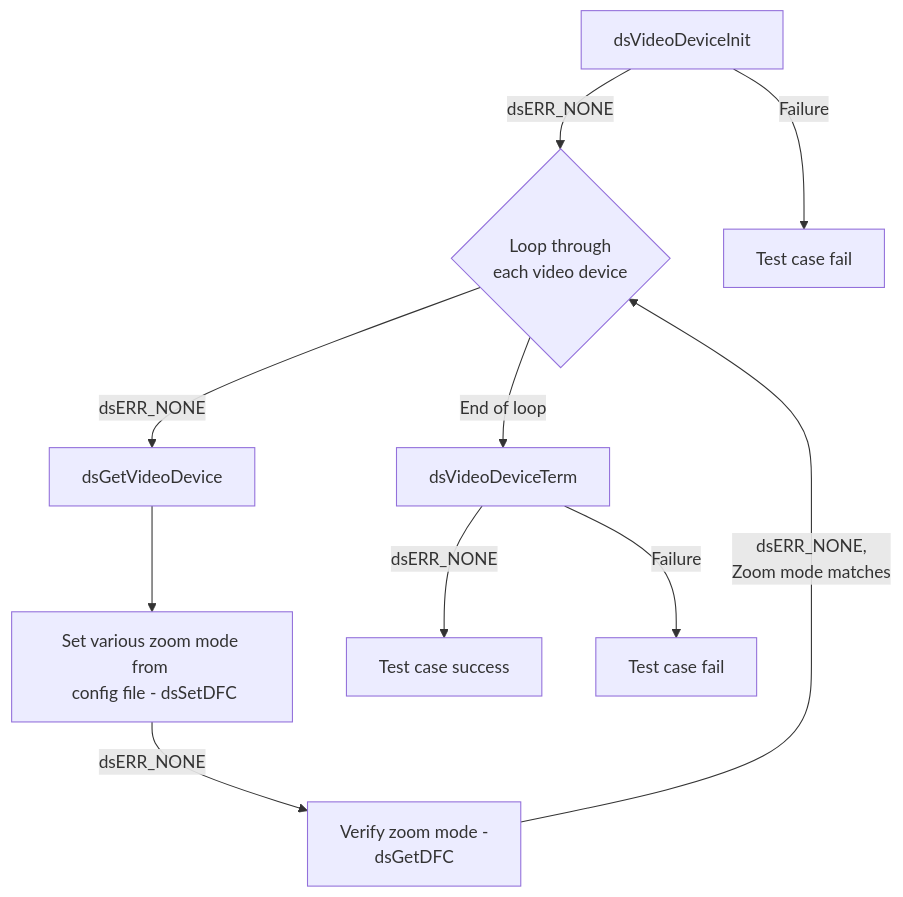
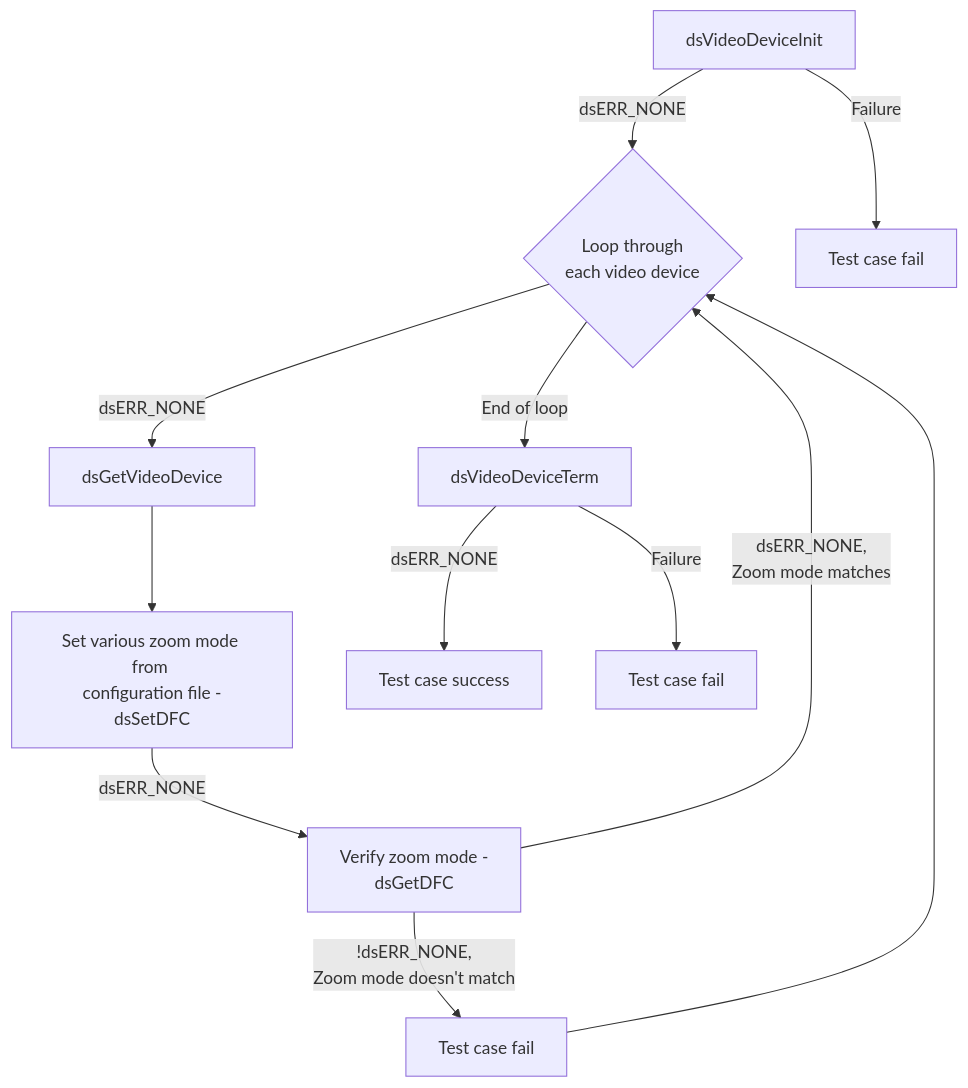
One commit to rdkcentral/rdk-halif-test-device_settings changed the first of 5 diagrams in docs/pages/ds-video-device_L2-Low-Level_TestSpec.md. Above: the diagram before and after it, drawn with Mermaid. The commit also changed other lines of this file and 13 other files, not shown here.

````diff
--- a/docs/pages/ds-video-device_L2-Low-Level_TestSpec.md
+++ b/docs/pages/ds-video-device_L2-Low-Level_TestSpec.md
@@ -63,12 +65,14 @@
 ```mermaid
 graph TB
-A[dsVideoDeviceInit] -->|dsERR_NONE| B{Loop through <br> each video device}
-A -->|Failure| A1[Test case fail]
-B -->|dsERR_NONE| C[ dsGetVideoDevice]
-C --> D[Set various zoom mode from <br> config file - dsSetDFC]
-D -->|dsERR_NONE| E[Verify zoom mode -<br> dsGetDFC]
-E -->|dsERR_NONE, <br> Zoom mode matches| B
+A[dsVideoDeviceInit] -->|dsERR_NONE|B{Loop through <br> each video device}
+A -->|Failure|A1[Test case fail]
+B -->|dsERR_NONE|C[ dsGetVideoDevice]
+C --> D[Set various zoom mode from <br> configuration file - dsSetDFC]
+D -->|dsERR_NONE|E[Verify zoom mode -<br> dsGetDFC]
+E -->|dsERR_NONE, <br> Zoom mode matches|B
+E -->|!dsERR_NONE, <br> Zoom mode doesn't match|E1[Test case fail]
+E1 --> B
 B -->|End of loop|F[ dsVideoDeviceTerm]
-F -->|dsERR_NONE| G[Test case success]
-F -->|Failure| F1[Test case fail]
+F -->|dsERR_NONE|G[Test case success]
+F -->|Failure|F1[Test case fail]
 ```
````
